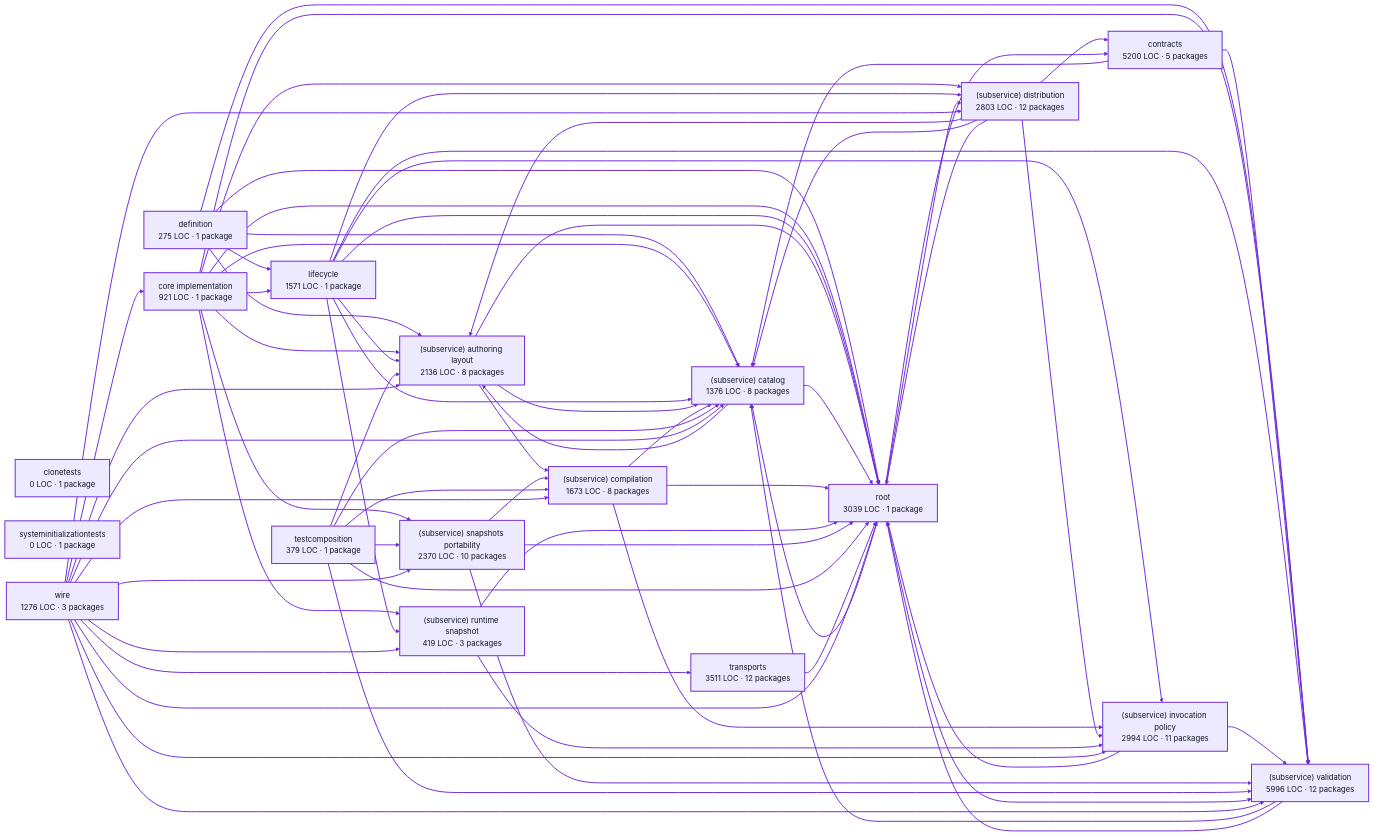
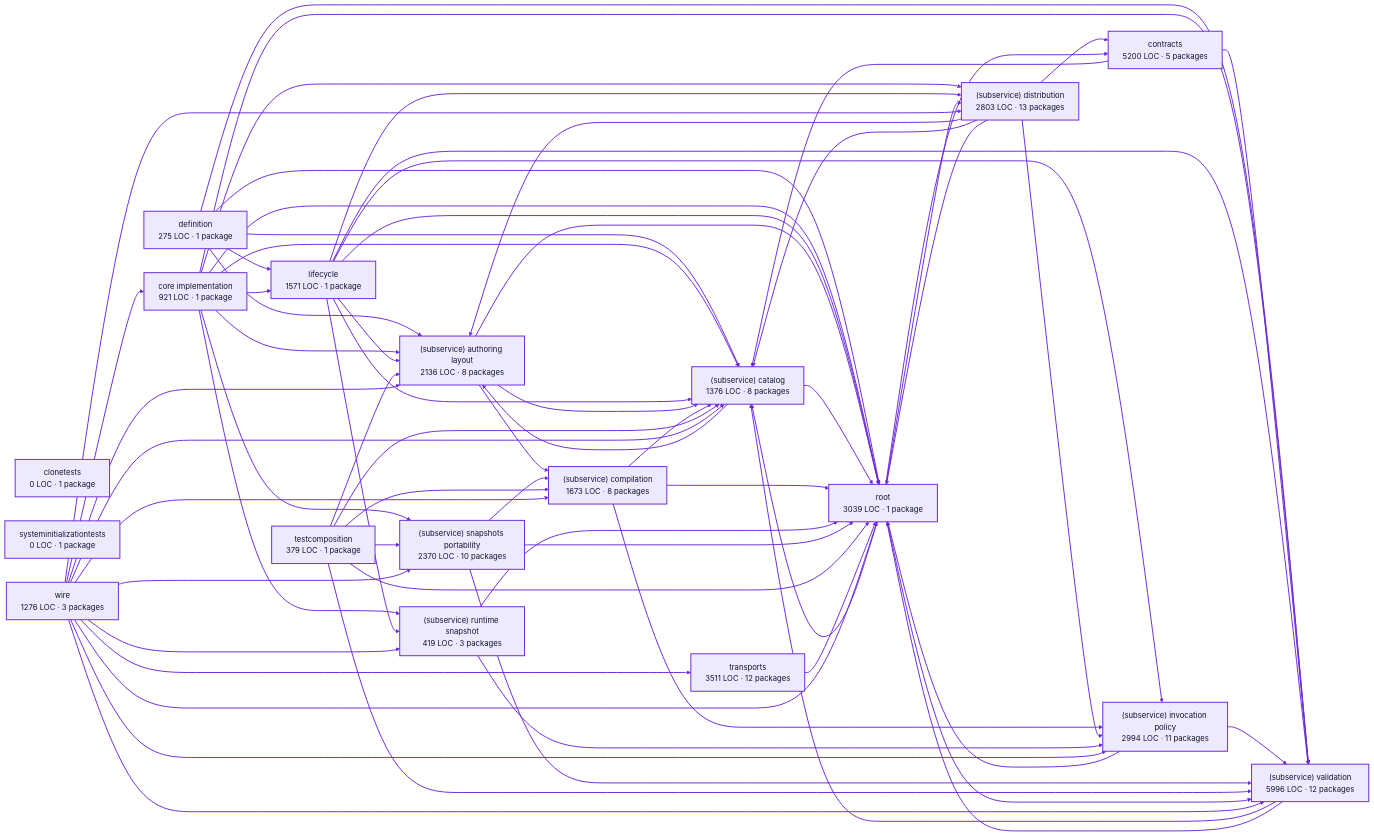
Before and after one commit to portpowered/you-agent-factory: the diagram in docs/architecture/visualizations/services/factory_definitions.md, drawn with Mermaid. The commit also changed other lines of this file and 20 other files, not shown here.

Commit message:
docs: refresh backend architecture visualizations

```diff
--- a/docs/architecture/visualizations/services/factory_definitions.md
+++ b/docs/architecture/visualizations/services/factory_definitions.md
@@ -18,7 +18,7 @@
   p5["(subservice) authoring layout<br/>2136 LOC · 8 packages"]
   p6["(subservice) catalog<br/>1376 LOC · 8 packages"]
   p7["(subservice) compilation<br/>1673 LOC · 8 packages"]
-  p8["(subservice) distribution<br/>2803 LOC · 12 packages"]
+  p8["(subservice) distribution<br/>2803 LOC · 13 packages"]
   p9["(subservice) invocation policy<br/>2994 LOC · 11 packages"]
   p10["(subservice) runtime snapshot<br/>419 LOC · 3 packages"]
   p11["(subservice) snapshots portability<br/>2370 LOC · 10 packages"]
```
